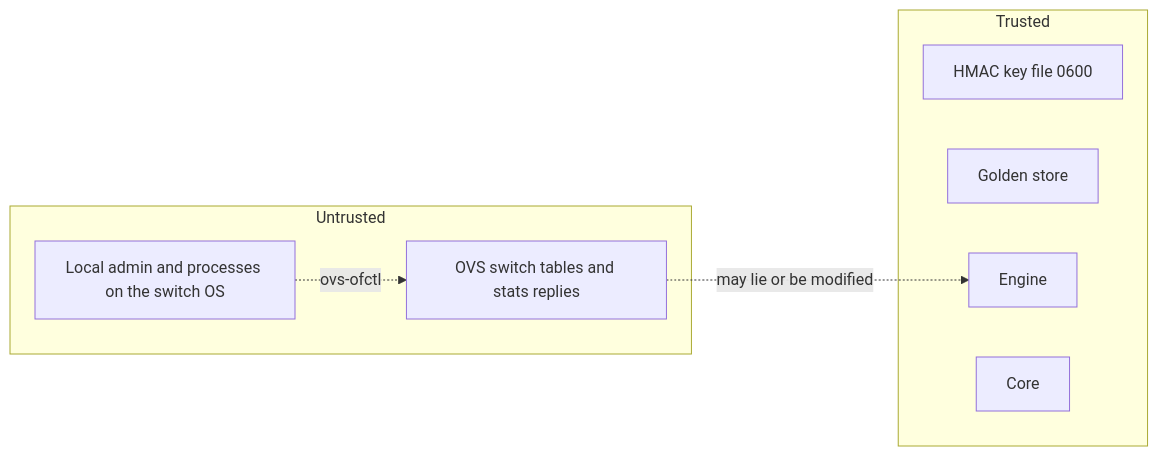
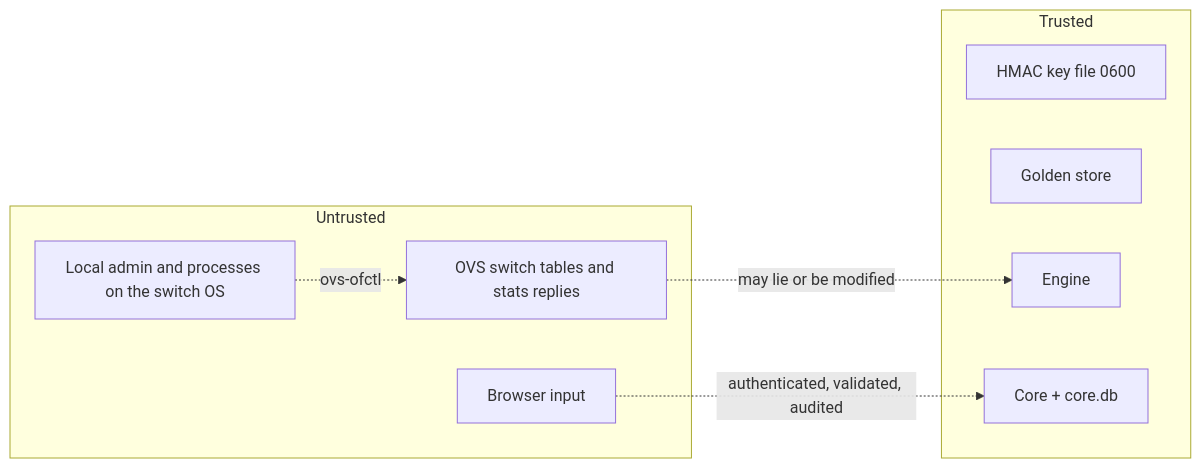
One commit to RKG765/flowguard changed the fifth of 6 diagrams in ARCHITECTURE.md. Above: the diagram before and after it, drawn with Mermaid. The commit also changed other lines of this file and 50 other files, not shown here.

````diff
--- a/ARCHITECTURE.md
+++ b/ARCHITECTURE.md
@@ -88,15 +158,17 @@
 ```mermaid
 flowchart LR
   subgraph Trusted
     K[HMAC key file 0600]
     G[Golden store]
     Eng[Engine]
-    Cor[Core]
+    Cor[Core + core.db]
   end
   subgraph Untrusted
     Sw[OVS switch tables and stats replies]
     Adm[Local admin and processes on the switch OS]
+    Br[Browser input]
   end
   Sw -.->|may lie or be modified| Eng
   Adm -.->|ovs-ofctl| Sw
+  Br -.->|authenticated, validated, audited| Cor
 ```
````
